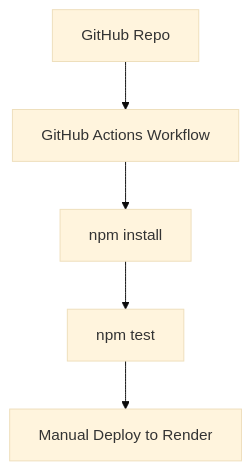
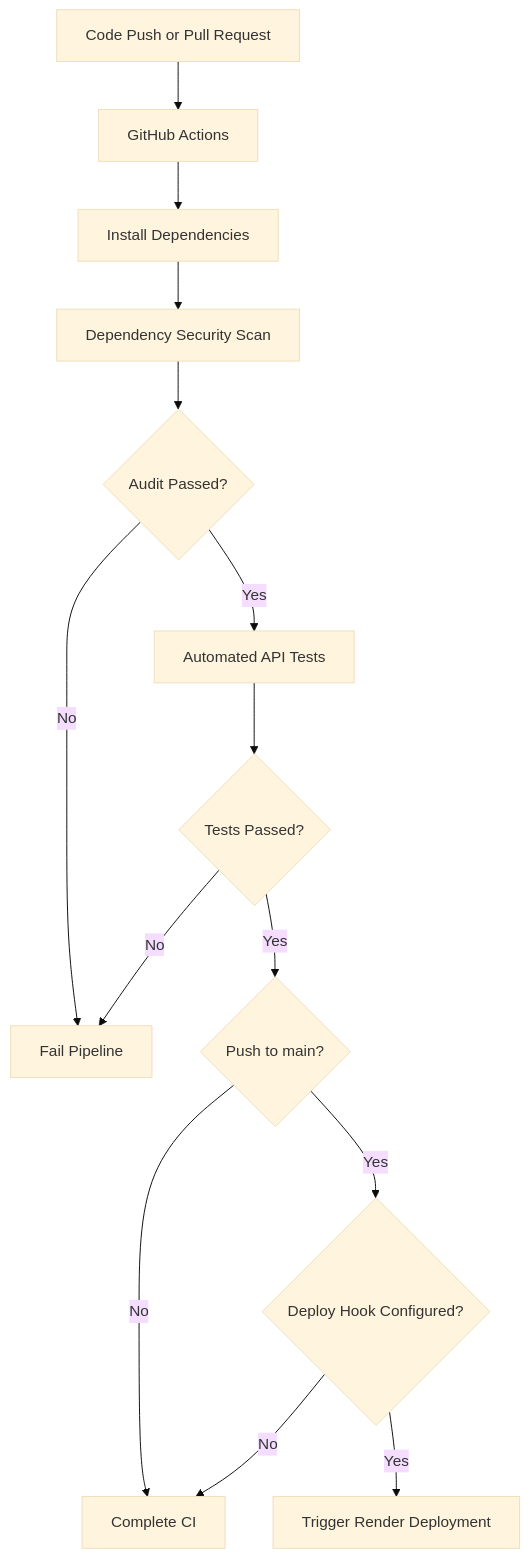
Before and after one commit to declan-whitty/cicd-project: the diagram in README.md, drawn with Mermaid (base theme). The commit also changed other lines of this file, not shown here.

Commit message:
docs: document DevSecOps pipeline and security controls

````diff
--- a/README.md
+++ b/README.md
@@ -47,7 +18,16 @@
 ```mermaid
-graph TD
-  A[GitHub Repo] --> B[GitHub Actions Workflow]
-  B --> C[npm install]
-  C --> D[npm test]
-  D --> E[Manual Deploy to Render]
+flowchart TD
+    A[Code Push or Pull Request] --> B[GitHub Actions]
+    B --> C[Install Dependencies]
+    C --> D[Dependency Security Scan]
+    D --> E{Audit Passed?}
+    E -->|No| F[Fail Pipeline]
+    E -->|Yes| G[Automated API Tests]
+    G --> H{Tests Passed?}
+    H -->|No| F
+    H -->|Yes| I{Push to main?}
+    I -->|No| J[Complete CI]
+    I -->|Yes| K{Deploy Hook Configured?}
+    K -->|No| J
+    K -->|Yes| L[Trigger Render Deployment]
 ```
````
